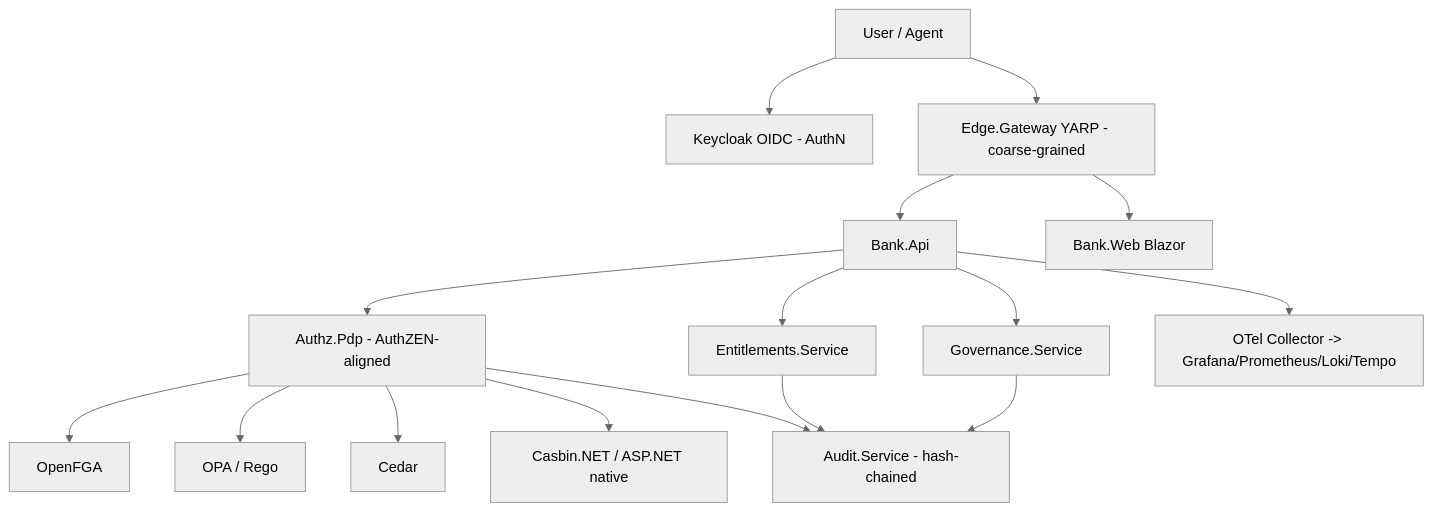
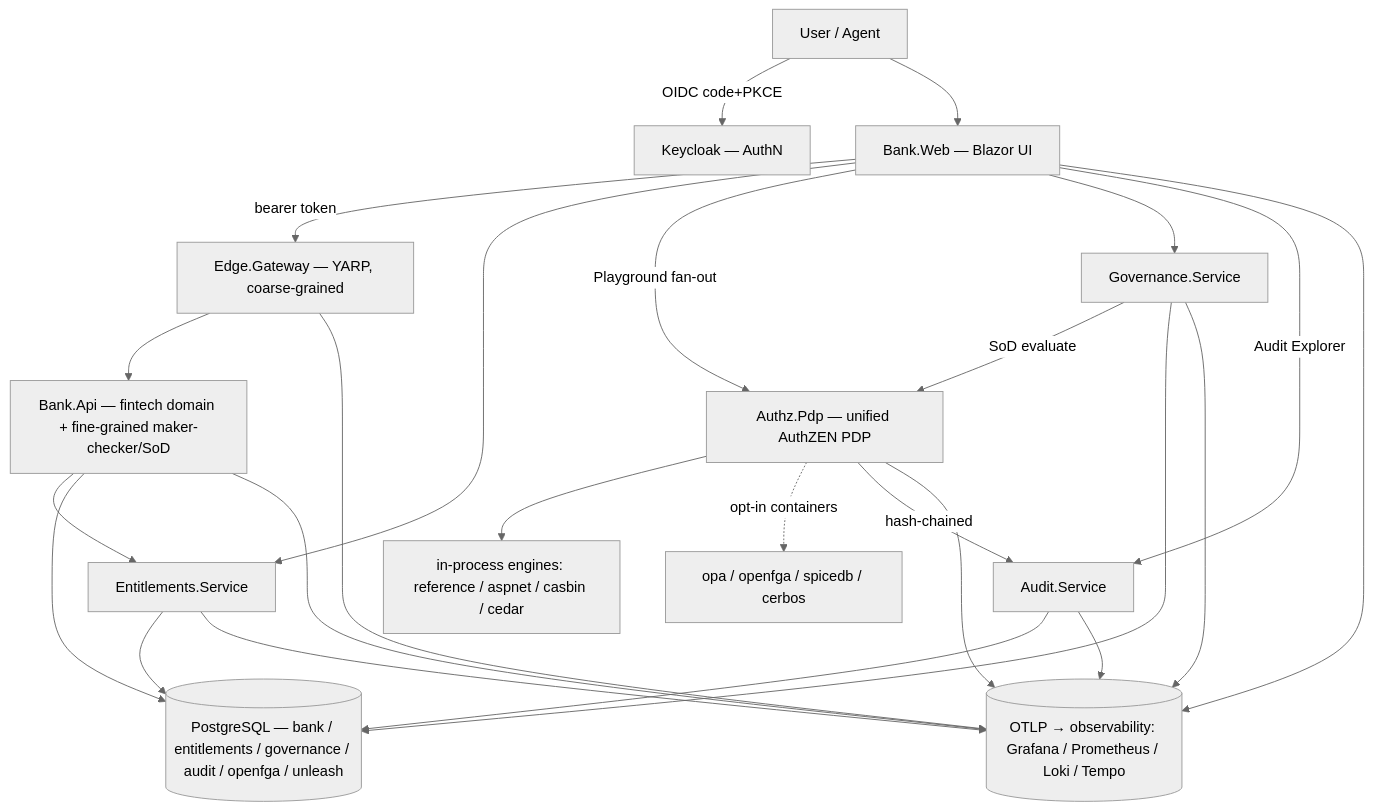
One commit to henrik-me/authzandentitlements changed the first of 5 diagrams in ARCHITECTURE.md. Above: the diagram before and after it, drawn with Mermaid (neutral theme). The commit also changed other lines of this file and 2 other files, not shown here.

First line of the commit message:
docs(cs49): refresh README + ARCHITECTURE to shipped reality (#150)

````diff
--- a/ARCHITECTURE.md
+++ b/ARCHITECTURE.md
@@ -26,18 +38,27 @@
 ```mermaid
 graph TD
-  U[User / Agent] --> KC[Keycloak OIDC - AuthN]
-  U --> EG[Edge.Gateway YARP - coarse-grained]
-  EG --> API[Bank.Api]
-  EG --> WEB[Bank.Web Blazor]
-  API --> PDP[Authz.Pdp - AuthZEN-aligned]
-  PDP --> OFGA[OpenFGA]
-  PDP --> OPA[OPA / Rego]
-  PDP --> CED[Cedar]
-  PDP --> CAS[Casbin.NET / ASP.NET native]
+  U[User / Agent] -->|OIDC code+PKCE| KC[Keycloak — AuthN]
+  U --> WEB[Bank.Web — Blazor UI]
+  WEB -->|bearer token| EG[Edge.Gateway — YARP, coarse-grained]
+  EG --> API[Bank.Api — fintech domain + fine-grained maker-checker/SoD]
   API --> ENT[Entitlements.Service]
-  API --> GOV[Governance.Service]
-  PDP --> AUD[Audit.Service - hash-chained]
-  ENT --> AUD
-  GOV --> AUD
-  API --> OTEL[OTel Collector -> Grafana/Prometheus/Loki/Tempo]
+  WEB --> ENT
+  WEB -->|Playground fan-out| PDP[Authz.Pdp — unified AuthZEN PDP]
+  WEB --> GOV[Governance.Service]
+  GOV -->|SoD evaluate| PDP
+  PDP --> INP[in-process engines: reference / aspnet / casbin / cedar]
+  PDP -. opt-in containers .-> OUT[opa / openfga / spicedb / cerbos]
+  PDP -->|hash-chained| AUD[Audit.Service]
+  WEB -->|Audit Explorer| AUD
+  API --> PG[(PostgreSQL — bank / entitlements / governance / audit / openfga / unleash)]
+  ENT --> PG
+  GOV --> PG
+  AUD --> PG
+  API --> OBS[(OTLP → observability: Grafana / Prometheus / Loki / Tempo)]
+  PDP --> OBS
+  EG --> OBS
+  ENT --> OBS
+  GOV --> OBS
+  AUD --> OBS
+  WEB --> OBS
 ```
````
